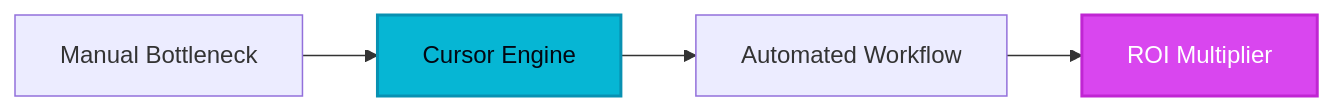
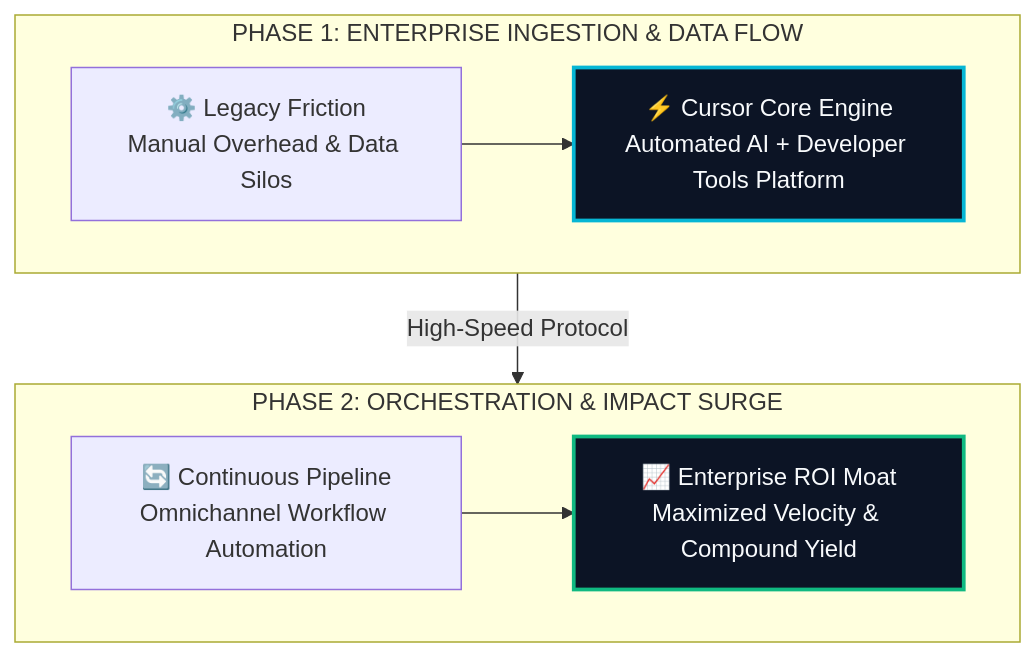
Before and after one commit to heliatech-media/saas-radar: the diagram in site/src/content/blog/cursor-evolution-guide-2026.md, drawn with Mermaid. The commit also changed 97 other files, not shown here.

First line of the commit message:
feat(diagrams): upgrade all article architecture schemas to high-impact 2-tier responsive vector blueprints

````diff
--- a/site/src/content/blog/cursor-evolution-guide-2026.md
+++ b/site/src/content/blog/cursor-evolution-guide-2026.md
@@ -52,8 +52,14 @@
 ```mermaid
-flowchart LR
-    A[Manual Bottleneck] --> B[Cursor Engine]
-    B --> C[Automated Workflow]
-    C --> D[ROI Multiplier]
-    style B fill:#06b6d4,stroke:#0891b2,stroke-width:2px,color:#030712
-    style D fill:#d946ef,stroke:#c026d3,stroke-width:2px,color:#ffffff
+flowchart TD
+    subgraph S1["PHASE 1: ENTERPRISE INGESTION & DATA FLOW"]
+        direction LR
+        A["⚙️ Legacy Friction<br/>Manual Overhead & Data Silos"] --> B["⚡ Cursor Core Engine<br/>Automated AI + Developer Tools Platform"]
+    end
+    subgraph S2["PHASE 2: ORCHESTRATION & IMPACT SURGE"]
+        direction LR
+        C["🔄 Continuous Pipeline<br/>Omnichannel Workflow Automation"] --> D["📈 Enterprise ROI Moat<br/>Maximized Velocity & Compound Yield"]
+    end
+    S1 -->|High-Speed Protocol| S2
+    style B fill:#0c1425,stroke:#06b6d4,stroke-width:2.5px,color:#f8fafc
+    style D fill:#0c1425,stroke:#10b981,stroke-width:2.5px,color:#f8fafc
 ```
````
